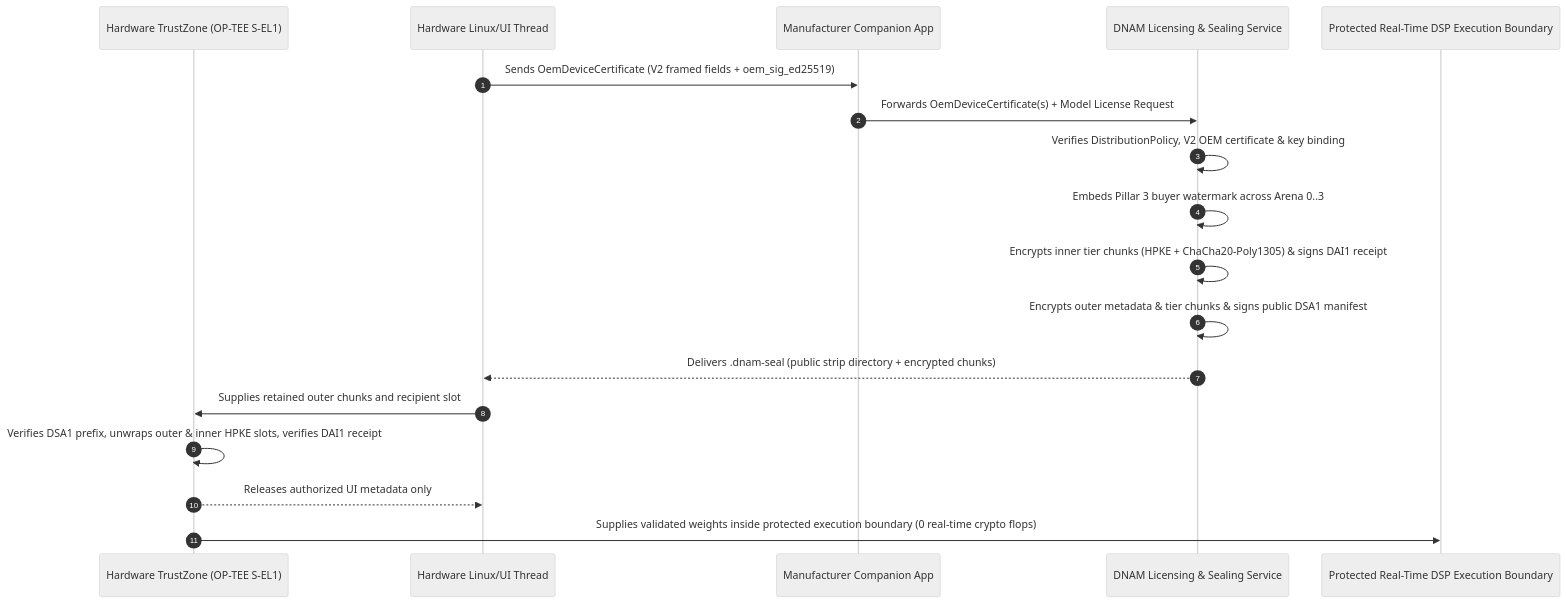
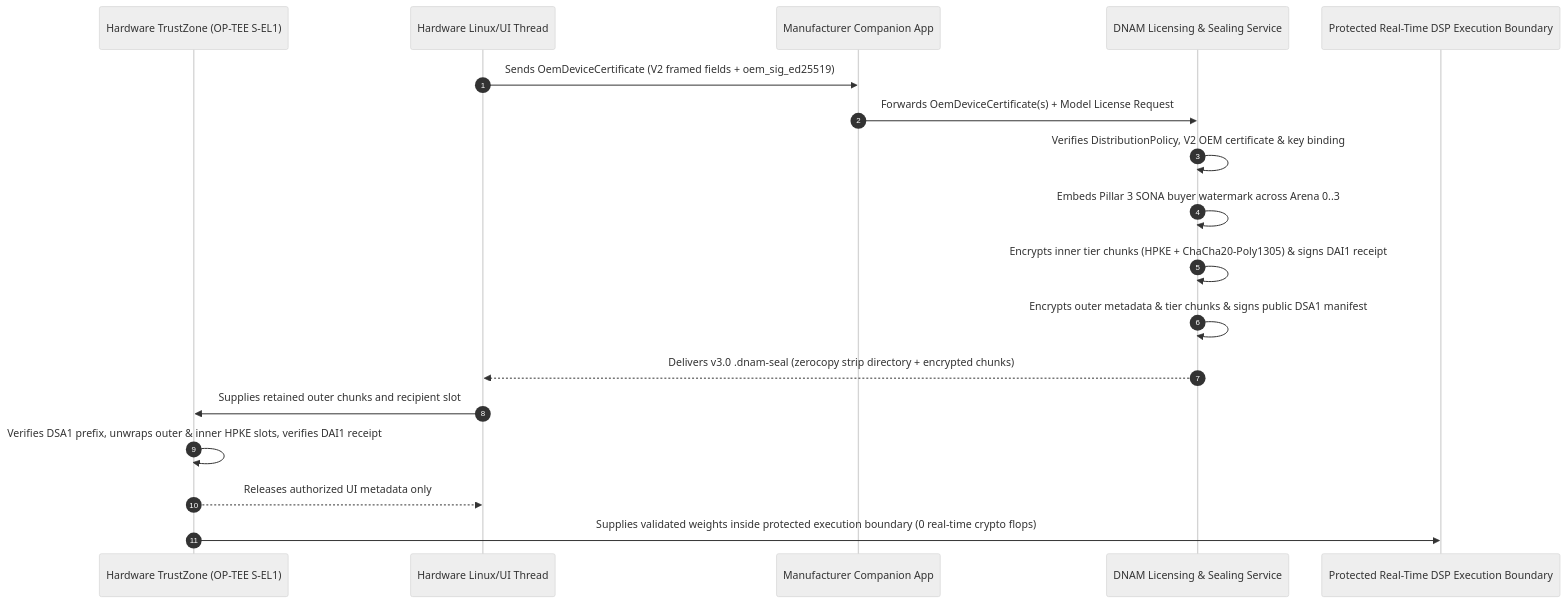
One commit to mokugen/dnam changed the second of 2 diagrams in docs/specs/security/provenance_and_enclave_drm.md. Above: the diagram before and after it, drawn with Mermaid (neutral theme). The commit also changed other lines of this file and 99 other files, not shown here.

Commit message:
docs(specs): cut over canonical architecture and v3.0 specs to SONA + WebGPU

````diff
--- a/docs/specs/security/provenance_and_enclave_drm.md
+++ b/docs/specs/security/provenance_and_enclave_drm.md
@@ -218,21 +218,21 @@
 ```mermaid
 sequenceDiagram
     autonumber
     participant TZ as Hardware TrustZone (OP-TEE S-EL1)
     participant Host as Hardware Linux/UI Thread
     participant App as Manufacturer Companion App
     participant DNAM as DNAM Licensing & Sealing Service
     participant DSP as Protected Real-Time DSP Execution Boundary
 
     Host->>App: Sends OemDeviceCertificate (V2 framed fields + oem_sig_ed25519)
     App->>DNAM: Forwards OemDeviceCertificate(s) + Model License Request
     DNAM->>DNAM: Verifies DistributionPolicy, V2 OEM certificate & key binding
-    DNAM->>DNAM: Embeds Pillar 3 buyer watermark across Arena 0..3
+    DNAM->>DNAM: Embeds Pillar 3 SONA buyer watermark across Arena 0..3
     DNAM->>DNAM: Encrypts inner tier chunks (HPKE + ChaCha20-Poly1305) & signs DAI1 receipt
     DNAM->>DNAM: Encrypts outer metadata & tier chunks & signs public DSA1 manifest
-    DNAM-->>Host: Delivers .dnam-seal (public strip directory + encrypted chunks)
+    DNAM-->>Host: Delivers v3.0 .dnam-seal (zerocopy strip directory + encrypted chunks)
     Host->>TZ: Supplies retained outer chunks and recipient slot
     TZ->>TZ: Verifies DSA1 prefix, unwraps outer & inner HPKE slots, verifies DAI1 receipt
     TZ-->>Host: Releases authorized UI metadata only
     TZ->>DSP: Supplies validated weights inside protected execution boundary (0 real-time crypto flops)
 ```
````
